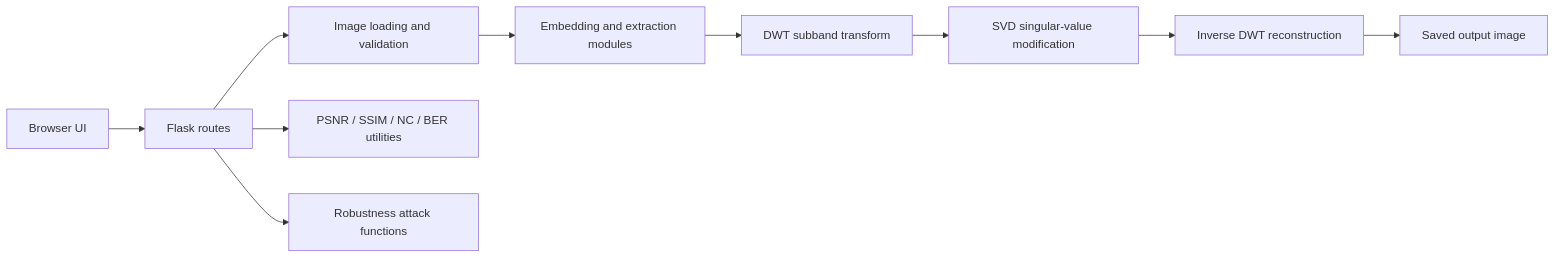
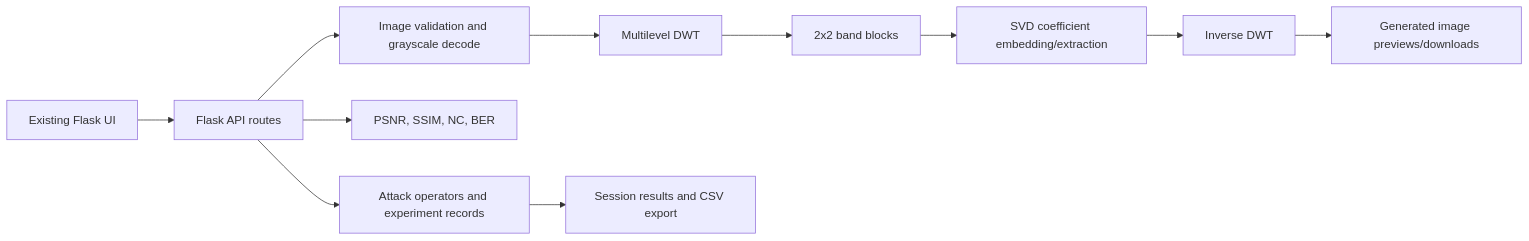
The diagram in docs/academic_project_report.md (kalyani06-reddy/robust-image-watermarking-dwt-svd), drawn with Mermaid before and after one commit. The commit also changed other lines of this file and 20 other files, not shown here.

Commit message:
Improve DWT-SVD watermark recovery and evaluation

````diff
--- a/docs/academic_project_report.md
+++ b/docs/academic_project_report.md
@@ -83,12 +63,13 @@
 ```mermaid
 flowchart LR
-    Browser[Browser UI] --> Flask[Flask routes]
-    Flask --> ImageIO[Image loading and validation]
-    ImageIO --> Embed[Embedding and extraction modules]
-    Embed --> DWT[DWT subband transform]
-    DWT --> SVD[SVD singular-value modification]
-    SVD --> IDWT[Inverse DWT reconstruction]
-    IDWT --> Output[Saved output image]
-    Flask --> Metrics[PSNR / SSIM / NC / BER utilities]
-    Flask --> Attacks[Robustness attack functions]
+    Browser[Existing Flask UI] --> Routes[Flask API routes]
+    Routes --> ImageIO[Image validation and grayscale decode]
+    ImageIO --> DWT[Multilevel DWT]
+    DWT --> Blocks[2x2 band blocks]
+    Blocks --> SVD[SVD coefficient embedding/extraction]
+    SVD --> IDWT[Inverse DWT]
+    IDWT --> Outputs[Generated image previews/downloads]
+    Routes --> Metrics[PSNR, SSIM, NC, BER]
+    Routes --> Attacks[Attack operators and experiment records]
+    Attacks --> CSV[Session results and CSV export]
 ```
````
